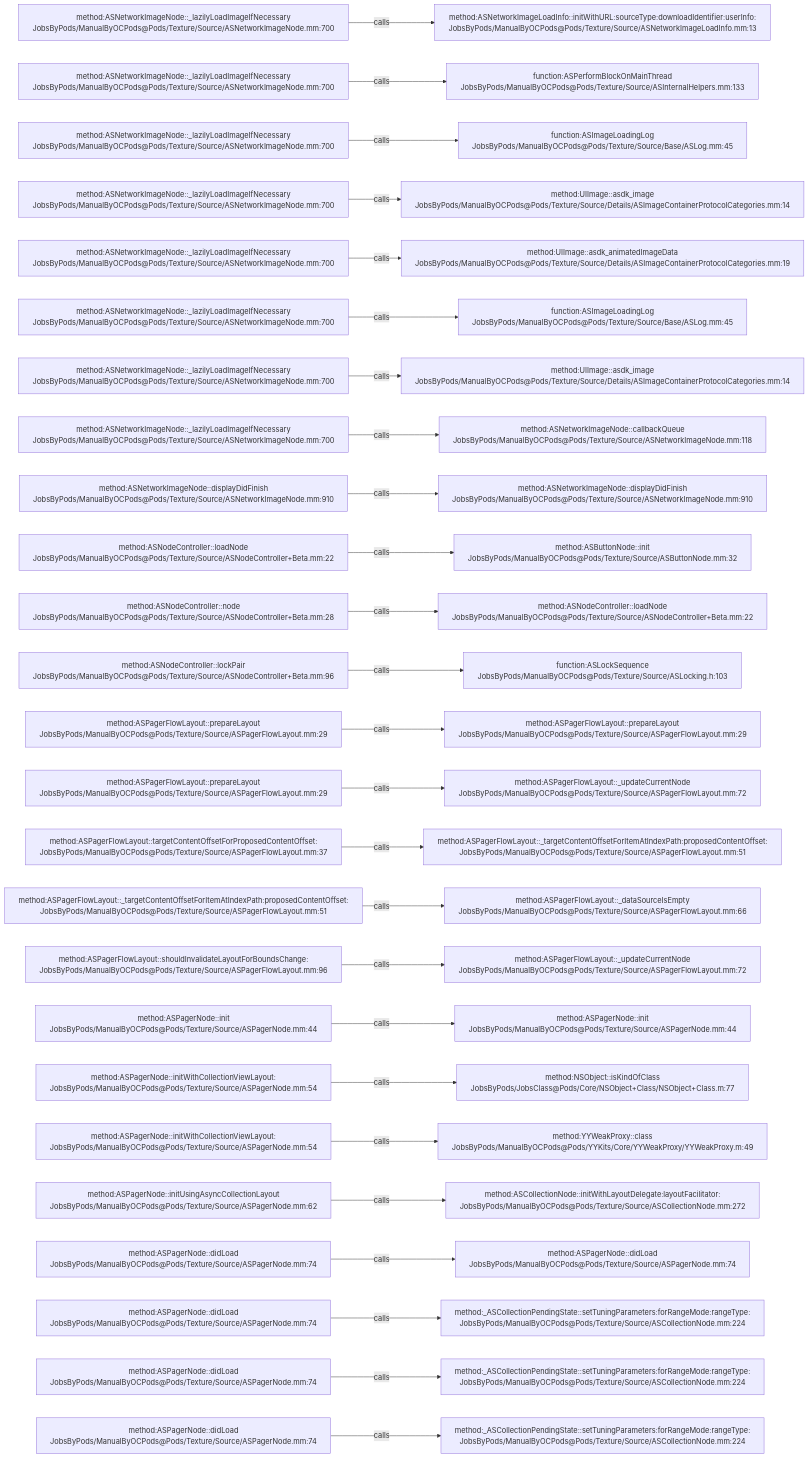
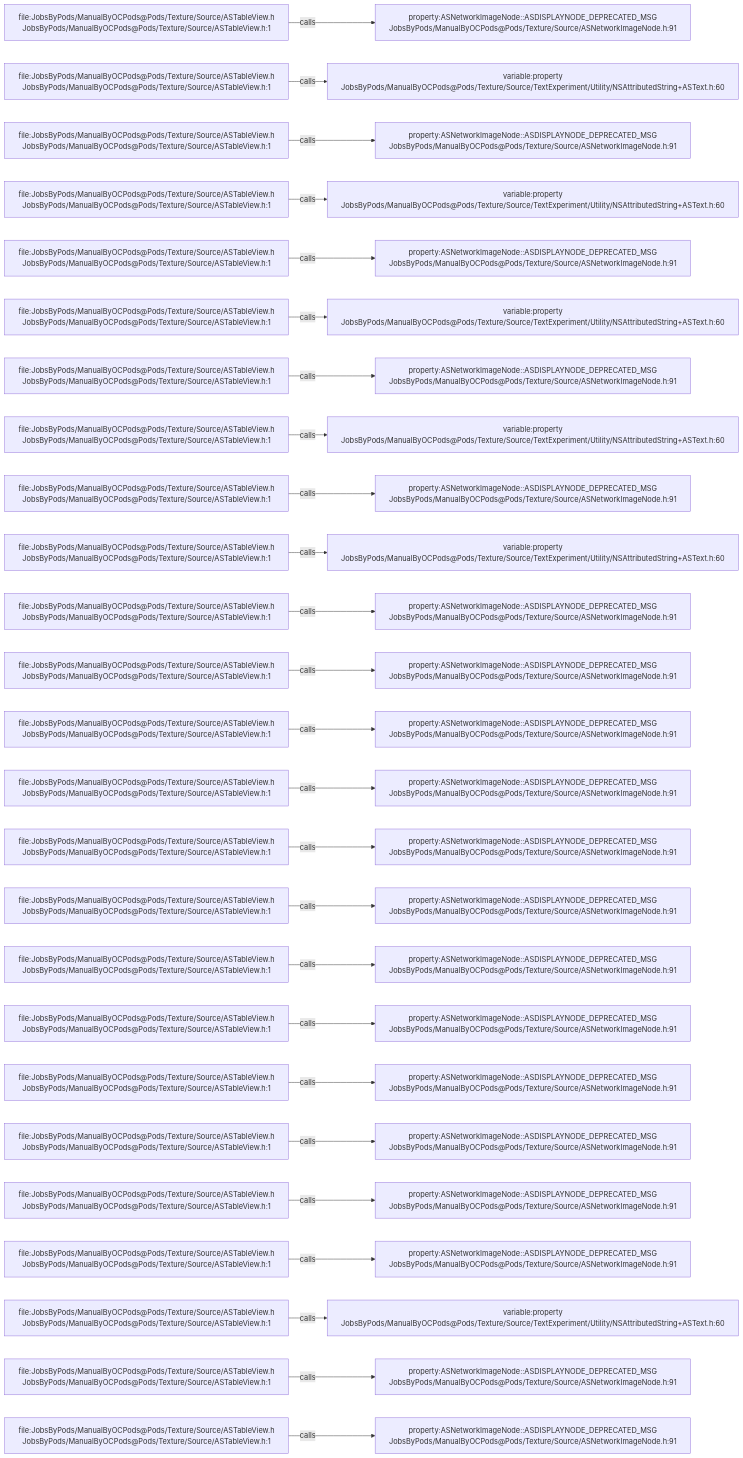
Before and after one commit to JobsKits/JobsOCBaseConfigDemo: the diagram in .codegraph/codegraph.md/graphs/calls-117.md, drawn with Mermaid. The commit also changed 1448 other files, not shown here.

````diff
--- a/.codegraph/codegraph.md/graphs/calls-117.md
+++ b/.codegraph/codegraph.md/graphs/calls-117.md
@@ -13,78 +13,78 @@
 ```mermaid
 flowchart LR
-  S1["method:ASNetworkImageNode::_lazilyLoadImageIfNecessary<br/>JobsByPods/ManualByOCPods@Pods/Texture/Source/ASNetworkImageNode.mm:700"]
-  T1["method:ASNetworkImageLoadInfo::initWithURL:sourceType:downloadIdentifier:userInfo:<br/>JobsByPods/ManualByOCPods@Pods/Texture/Source/ASNetworkImageLoadInfo.mm:13"]
+  S1["file:JobsByPods/ManualByOCPods@Pods/Texture/Source/ASTableView.h<br/>JobsByPods/ManualByOCPods@Pods/Texture/Source/ASTableView.h:1"]
+  T1["property:ASNetworkImageNode::ASDISPLAYNODE_DEPRECATED_MSG<br/>JobsByPods/ManualByOCPods@Pods/Texture/Source/ASNetworkImageNode.h:91"]
   S1 -->|calls| T1
-  S2["method:ASNetworkImageNode::_lazilyLoadImageIfNecessary<br/>JobsByPods/ManualByOCPods@Pods/Texture/Source/ASNetworkImageNode.mm:700"]
-  T2["function:ASPerformBlockOnMainThread<br/>JobsByPods/ManualByOCPods@Pods/Texture/Source/ASInternalHelpers.mm:133"]
+  S2["file:JobsByPods/ManualByOCPods@Pods/Texture/Source/ASTableView.h<br/>JobsByPods/ManualByOCPods@Pods/Texture/Source/ASTableView.h:1"]
+  T2["variable:property<br/>JobsByPods/ManualByOCPods@Pods/Texture/Source/TextExperiment/Utility/NSAttributedString+ASText.h:60"]
   S2 -->|calls| T2
-  S3["method:ASNetworkImageNode::_lazilyLoadImageIfNecessary<br/>JobsByPods/ManualByOCPods@Pods/Texture/Source/ASNetworkImageNode.mm:700"]
-  T3["function:ASImageLoadingLog<br/>JobsByPods/ManualByOCPods@Pods/Texture/Source/Base/ASLog.mm:45"]
+  S3["file:JobsByPods/ManualByOCPods@Pods/Texture/Source/ASTableView.h<br/>JobsByPods/ManualByOCPods@Pods/Texture/Source/ASTableView.h:1"]
+  T3["property:ASNetworkImageNode::ASDISPLAYNODE_DEPRECATED_MSG<br/>JobsByPods/ManualByOCPods@Pods/Texture/Source/ASNetworkImageNode.h:91"]
   S3 -->|calls| T3
-  S4["method:ASNetworkImageNode::_lazilyLoadImageIfNecessary<br/>JobsByPods/ManualByOCPods@Pods/Texture/Source/ASNetworkImageNode.mm:700"]
-  T4["method:UIImage::asdk_image<br/>JobsByPods/ManualByOCPods@Pods/Texture/Source/Details/ASImageContainerProtocolCategories.mm:14"]
+  S4["file:JobsByPods/ManualByOCPods@Pods/Texture/Source/ASTableView.h<br/>JobsByPods/ManualByOCPods@Pods/Texture/Source/ASTableView.h:1"]
+  T4["variable:property<br/>JobsByPods/ManualByOCPods@Pods/Texture/Source/TextExperiment/Utility/NSAttributedString+ASText.h:60"]
   S4 -->|calls| T4
-  S5["method:ASNetworkImageNode::_lazilyLoadImageIfNecessary<br/>JobsByPods/ManualByOCPods@Pods/Texture/Source/ASNetworkImageNode.mm:700"]
-  T5["method:UIImage::asdk_animatedImageData<br/>JobsByPods/ManualByOCPods@Pods/Texture/Source/Details/ASImageContainerProtocolCategories.mm:19"]
+  S5["file:JobsByPods/ManualByOCPods@Pods/Texture/Source/ASTableView.h<br/>JobsByPods/ManualByOCPods@Pods/Texture/Source/ASTableView.h:1"]
+  T5["property:ASNetworkImageNode::ASDISPLAYNODE_DEPRECATED_MSG<br/>JobsByPods/ManualByOCPods@Pods/Texture/Source/ASNetworkImageNode.h:91"]
   S5 -->|calls| T5
-  S6["method:ASNetworkImageNode::_lazilyLoadImageIfNecessary<br/>JobsByPods/ManualByOCPods@Pods/Texture/Source/ASNetworkImageNode.mm:700"]
-  T6["function:ASImageLoadingLog<br/>JobsByPods/ManualByOCPods@Pods/Texture/Source/Base/ASLog.mm:45"]
+  S6["file:JobsByPods/ManualByOCPods@Pods/Texture/Source/ASTableView.h<br/>JobsByPods/ManualByOCPods@Pods/Texture/Source/ASTableView.h:1"]
+  T6["variable:property<br/>JobsByPods/ManualByOCPods@Pods/Texture/Source/TextExperiment/Utility/NSAttributedString+ASText.h:60"]
   S6 -->|calls| T6
-  S7["method:ASNetworkImageNode::_lazilyLoadImageIfNecessary<br/>JobsByPods/ManualByOCPods@Pods/Texture/Source/ASNetworkImageNode.mm:700"]
-  T7["method:UIImage::asdk_image<br/>JobsByPods/ManualByOCPods@Pods/Texture/Source/Details/ASImageContainerProtocolCategories.mm:14"]
+  S7["file:JobsByPods/ManualByOCPods@Pods/Texture/Source/ASTableView.h<br/>JobsByPods/ManualByOCPods@Pods/Texture/Source/ASTableView.h:1"]
+  T7["property:ASNetworkImageNode::ASDISPLAYNODE_DEPRECATED_MSG<br/>JobsByPods/ManualByOCPods@Pods/Texture/Source/ASNetworkImageNode.h:91"]
   S7 -->|calls| T7
-  S8["method:ASNetworkImageNode::_lazilyLoadImageIfNecessary<br/>JobsByPods/ManualByOCPods@Pods/Texture/Source/ASNetworkImageNode.mm:700"]
-  T8["method:ASNetworkImageNode::callbackQueue<br/>JobsByPods/ManualByOCPods@Pods/Texture/Source/ASNetworkImageNode.mm:118"]
+  S8["file:JobsByPods/ManualByOCPods@Pods/Texture/Source/ASTableView.h<br/>JobsByPods/ManualByOCPods@Pods/Texture/Source/ASTableView.h:1"]
+  T8["variable:property<br/>JobsByPods/ManualByOCPods@Pods/Texture/Source/TextExperiment/Utility/NSAttributedString+ASText.h:60"]
   S8 -->|calls| T8
-  S9["method:ASNetworkImageNode::displayDidFinish<br/>JobsByPods/ManualByOCPods@Pods/Texture/Source/ASNetworkImageNode.mm:910"]
-  T9["method:ASNetworkImageNode::displayDidFinish<br/>JobsByPods/ManualByOCPods@Pods/Texture/Source/ASNetworkImageNode.mm:910"]
+  S9["file:JobsByPods/ManualByOCPods@Pods/Texture/Source/ASTableView.h<br/>JobsByPods/ManualByOCPods@Pods/Texture/Source/ASTableView.h:1"]
+  T9["property:ASNetworkImageNode::ASDISPLAYNODE_DEPRECATED_MSG<br/>JobsByPods/ManualByOCPods@Pods/Texture/Source/ASNetworkImageNode.h:91"]
   S9 -->|calls| T9
-  S10["method:ASNodeController::loadNode<br/>JobsByPods/ManualByOCPods@Pods/Texture/Source/ASNodeController+Beta.mm:22"]
-  T10["method:ASButtonNode::init<br/>JobsByPods/ManualByOCPods@Pods/Texture/Source/ASButtonNode.mm:32"]
+  S10["file:JobsByPods/ManualByOCPods@Pods/Texture/Source/ASTableView.h<br/>JobsByPods/ManualByOCPods@Pods/Texture/Source/ASTableView.h:1"]
+  T10["variable:property<br/>JobsByPods/ManualByOCPods@Pods/Texture/Source/TextExperiment/Utility/NSAttributedString+ASText.h:60"]
   S10 -->|calls| T10
-  S11["method:ASNodeController::node<br/>JobsByPods/ManualByOCPods@Pods/Texture/Source/ASNodeController+Beta.mm:28"]
-  T11["method:ASNodeController::loadNode<br/>JobsByPods/ManualByOCPods@Pods/Texture/Source/ASNodeController+Beta.mm:22"]
+  S11["file:JobsByPods/ManualByOCPods@Pods/Texture/Source/ASTableView.h<br/>JobsByPods/ManualByOCPods@Pods/Texture/Source/ASTableView.h:1"]
+  T11["property:ASNetworkImageNode::ASDISPLAYNODE_DEPRECATED_MSG<br/>JobsByPods/ManualByOCPods@Pods/Texture/Source/ASNetworkImageNode.h:91"]
   S11 -->|calls| T11
-  S12["method:ASNodeController::lockPair<br/>JobsByPods/ManualByOCPods@Pods/Texture/Source/ASNodeController+Beta.mm:96"]
-  T12["function:ASLockSequence<br/>JobsByPods/ManualByOCPods@Pods/Texture/Source/ASLocking.h:103"]
+  S12["file:JobsByPods/ManualByOCPods@Pods/Texture/Source/ASTableView.h<br/>JobsByPods/ManualByOCPods@Pods/Texture/Source/ASTableView.h:1"]
+  T12["property:ASNetworkImageNode::ASDISPLAYNODE_DEPRECATED_MSG<br/>JobsByPods/ManualByOCPods@Pods/Texture/Source/ASNetworkImageNode.h:91"]
   S12 -->|calls| T12
-  S13["method:ASPagerFlowLayout::prepareLayout<br/>JobsByPods/ManualByOCPods@Pods/Texture/Source/ASPagerFlowLayout.mm:29"]
-  T13["method:ASPagerFlowLayout::prepareLayout<br/>JobsByPods/ManualByOCPods@Pods/Texture/Source/ASPagerFlowLayout.mm:29"]
+  S13["file:JobsByPods/ManualByOCPods@Pods/Texture/Source/ASTableView.h<br/>JobsByPods/ManualByOCPods@Pods/Texture/Source/ASTableView.h:1"]
+  T13["property:ASNetworkImageNode::ASDISPLAYNODE_DEPRECATED_MSG<br/>JobsByPods/ManualByOCPods@Pods/Texture/Source/ASNetworkImageNode.h:91"]
   S13 -->|calls| T13
-  S14["method:ASPagerFlowLayout::prepareLayout<br/>JobsByPods/ManualByOCPods@Pods/Texture/Source/ASPagerFlowLayout.mm:29"]
-  T14["method:ASPagerFlowLayout::_updateCurrentNode<br/>JobsByPods/ManualByOCPods@Pods/Texture/Source/ASPagerFlowLayout.mm:72"]
+  S14["file:JobsByPods/ManualByOCPods@Pods/Texture/Source/ASTableView.h<br/>JobsByPods/ManualByOCPods@Pods/Texture/Source/ASTableView.h:1"]
+  T14["property:ASNetworkImageNode::ASDISPLAYNODE_DEPRECATED_MSG<br/>JobsByPods/ManualByOCPods@Pods/Texture/Source/ASNetworkImageNode.h:91"]
   S14 -->|calls| T14
-  S15["method:ASPagerFlowLayout::targetContentOffsetForProposedContentOffset:<br/>JobsByPods/ManualByOCPods@Pods/Texture/Source/ASPagerFlowLayout.mm:37"]
-  T15["method:ASPagerFlowLayout::_targetContentOffsetForItemAtIndexPath:proposedContentOffset:<br/>JobsByPods/ManualByOCPods@Pods/Texture/Source/ASPagerFlowLayout.mm:51"]
+  S15["file:JobsByPods/ManualByOCPods@Pods/Texture/Source/ASTableView.h<br/>JobsByPods/ManualByOCPods@Pods/Texture/Source/ASTableView.h:1"]
+  T15["property:ASNetworkImageNode::ASDISPLAYNODE_DEPRECATED_MSG<br/>JobsByPods/ManualByOCPods@Pods/Texture/Source/ASNetworkImageNode.h:91"]
   S15 -->|calls| T15
-  S16["method:ASPagerFlowLayout::_targetContentOffsetForItemAtIndexPath:proposedContentOffset:<br/>JobsByPods/ManualByOCPods@Pods/Texture/Source/ASPagerFlowLayout.mm:51"]
-  T16["method:ASPagerFlowLayout::_dataSourceIsEmpty<br/>JobsByPods/ManualByOCPods@Pods/Texture/Source/ASPagerFlowLayout.mm:66"]
+  S16["file:JobsByPods/ManualByOCPods@Pods/Texture/Source/ASTableView.h<br/>JobsByPods/ManualByOCPods@Pods/Texture/Source/ASTableView.h:1"]
+  T16["property:ASNetworkImageNode::ASDISPLAYNODE_DEPRECATED_MSG<br/>JobsByPods/ManualByOCPods@Pods/Texture/Source/ASNetworkImageNode.h:91"]
   S16 -->|calls| T16
-  S17["method:ASPagerFlowLayout::shouldInvalidateLayoutForBoundsChange:<br/>JobsByPods/ManualByOCPods@Pods/Texture/Source/ASPagerFlowLayout.mm:96"]
-  T17["method:ASPagerFlowLayout::_updateCurrentNode<br/>JobsByPods/ManualByOCPods@Pods/Texture/Source/ASPagerFlowLayout.mm:72"]
+  S17["file:JobsByPods/ManualByOCPods@Pods/Texture/Source/ASTableView.h<br/>JobsByPods/ManualByOCPods@Pods/Texture/Source/ASTableView.h:1"]
+  T17["property:ASNetworkImageNode::ASDISPLAYNODE_DEPRECATED_MSG<br/>JobsByPods/ManualByOCPods@Pods/Texture/Source/ASNetworkImageNode.h:91"]
   S17 -->|calls| T17
-  S18["method:ASPagerNode::init<br/>JobsByPods/ManualByOCPods@Pods/Texture/Source/ASPagerNode.mm:44"]
-  T18["method:ASPagerNode::init<br/>JobsByPods/ManualByOCPods@Pods/Texture/Source/ASPagerNode.mm:44"]
+  S18["file:JobsByPods/ManualByOCPods@Pods/Texture/Source/ASTableView.h<br/>JobsByPods/ManualByOCPods@Pods/Texture/Source/ASTableView.h:1"]
+  T18["property:ASNetworkImageNode::ASDISPLAYNODE_DEPRECATED_MSG<br/>JobsByPods/ManualByOCPods@Pods/Texture/Source/ASNetworkImageNode.h:91"]
   S18 -->|calls| T18
-  S19["method:ASPagerNode::initWithCollectionViewLayout:<br/>JobsByPods/ManualByOCPods@Pods/Texture/Source/ASPagerNode.mm:54"]
-  T19["method:NSObject::isKindOfClass<br/>JobsByPods/JobsClass@Pods/Core/NSObject+Class/NSObject+Class.m:77"]
+  S19["file:JobsByPods/ManualByOCPods@Pods/Texture/Source/ASTableView.h<br/>JobsByPods/ManualByOCPods@Pods/Texture/Source/ASTableView.h:1"]
+  T19["property:ASNetworkImageNode::ASDISPLAYNODE_DEPRECATED_MSG<br/>JobsByPods/ManualByOCPods@Pods/Texture/Source/ASNetworkImageNode.h:91"]
   S19 -->|calls| T19
-  S20["method:ASPagerNode::initWithCollectionViewLayout:<br/>JobsByPods/ManualByOCPods@Pods/Texture/Source/ASPagerNode.mm:54"]
-  T20["method:YYWeakProxy::class<br/>JobsByPods/ManualByOCPods@Pods/YYKits/Core/YYWeakProxy/YYWeakProxy.m:49"]
+  S20["file:JobsByPods/ManualByOCPods@Pods/Texture/Source/ASTableView.h<br/>JobsByPods/ManualByOCPods@Pods/Texture/Source/ASTableView.h:1"]
+  T20["property:ASNetworkImageNode::ASDISPLAYNODE_DEPRECATED_MSG<br/>JobsByPods/ManualByOCPods@Pods/Texture/Source/ASNetworkImageNode.h:91"]
   S20 -->|calls| T20
-  S21["method:ASPagerNode::initUsingAsyncCollectionLayout<br/>JobsByPods/ManualByOCPods@Pods/Texture/Source/ASPagerNode.mm:62"]
-  T21["method:ASCollectionNode::initWithLayoutDelegate:layoutFacilitator:<br/>JobsByPods/ManualByOCPods@Pods/Texture/Source/ASCollectionNode.mm:272"]
+  S21["file:JobsByPods/ManualByOCPods@Pods/Texture/Source/ASTableView.h<br/>JobsByPods/ManualByOCPods@Pods/Texture/Source/ASTableView.h:1"]
+  T21["property:ASNetworkImageNode::ASDISPLAYNODE_DEPRECATED_MSG<br/>JobsByPods/ManualByOCPods@Pods/Texture/Source/ASNetworkImageNode.h:91"]
   S21 -->|calls| T21
-  S22["method:ASPagerNode::didLoad<br/>JobsByPods/ManualByOCPods@Pods/Texture/Source/ASPagerNode.mm:74"]
-  T22["method:ASPagerNode::didLoad<br/>JobsByPods/ManualByOCPods@Pods/Texture/Source/ASPagerNode.mm:74"]
+  S22["file:JobsByPods/ManualByOCPods@Pods/Texture/Source/ASTableView.h<br/>JobsByPods/ManualByOCPods@Pods/Texture/Source/ASTableView.h:1"]
+  T22["property:ASNetworkImageNode::ASDISPLAYNODE_DEPRECATED_MSG<br/>JobsByPods/ManualByOCPods@Pods/Texture/Source/ASNetworkImageNode.h:91"]
   S22 -->|calls| T22
-  S23["method:ASPagerNode::didLoad<br/>JobsByPods/ManualByOCPods@Pods/Texture/Source/ASPagerNode.mm:74"]
-  T23["method:_ASCollectionPendingState::setTuningParameters:forRangeMode:rangeType:<br/>JobsByPods/ManualByOCPods@Pods/Texture/Source/ASCollectionNode.mm:224"]
+  S23["file:JobsByPods/ManualByOCPods@Pods/Texture/Source/ASTableView.h<br/>JobsByPods/ManualByOCPods@Pods/Texture/Source/ASTableView.h:1"]
+  T23["variable:property<br/>JobsByPods/ManualByOCPods@Pods/Texture/Source/TextExperiment/Utility/NSAttributedString+ASText.h:60"]
   S23 -->|calls| T23
-  S24["method:ASPagerNode::didLoad<br/>JobsByPods/ManualByOCPods@Pods/Texture/Source/ASPagerNode.mm:74"]
-  T24["method:_ASCollectionPendingState::setTuningParameters:forRangeMode:rangeType:<br/>JobsByPods/ManualByOCPods@Pods/Texture/Source/ASCollectionNode.mm:224"]
+  S24["file:JobsByPods/ManualByOCPods@Pods/Texture/Source/ASTableView.h<br/>JobsByPods/ManualByOCPods@Pods/Texture/Source/ASTableView.h:1"]
+  T24["property:ASNetworkImageNode::ASDISPLAYNODE_DEPRECATED_MSG<br/>JobsByPods/ManualByOCPods@Pods/Texture/Source/ASNetworkImageNode.h:91"]
   S24 -->|calls| T24
-  S25["method:ASPagerNode::didLoad<br/>JobsByPods/ManualByOCPods@Pods/Texture/Source/ASPagerNode.mm:74"]
-  T25["method:_ASCollectionPendingState::setTuningParameters:forRangeMode:rangeType:<br/>JobsByPods/ManualByOCPods@Pods/Texture/Source/ASCollectionNode.mm:224"]
+  S25["file:JobsByPods/ManualByOCPods@Pods/Texture/Source/ASTableView.h<br/>JobsByPods/ManualByOCPods@Pods/Texture/Source/ASTableView.h:1"]
+  T25["property:ASNetworkImageNode::ASDISPLAYNODE_DEPRECATED_MSG<br/>JobsByPods/ManualByOCPods@Pods/Texture/Source/ASNetworkImageNode.h:91"]
   S25 -->|calls| T25
 ```
````
